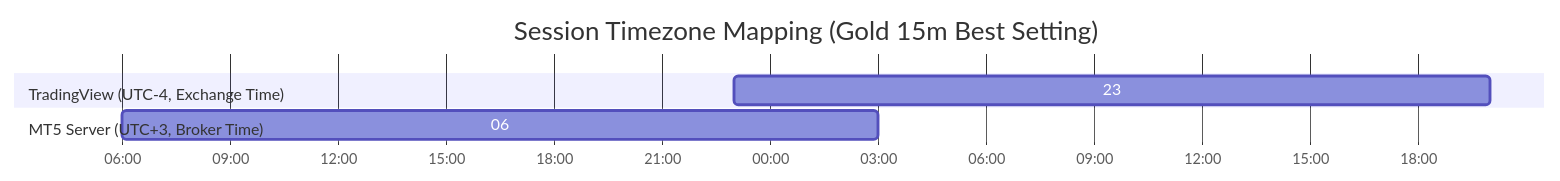
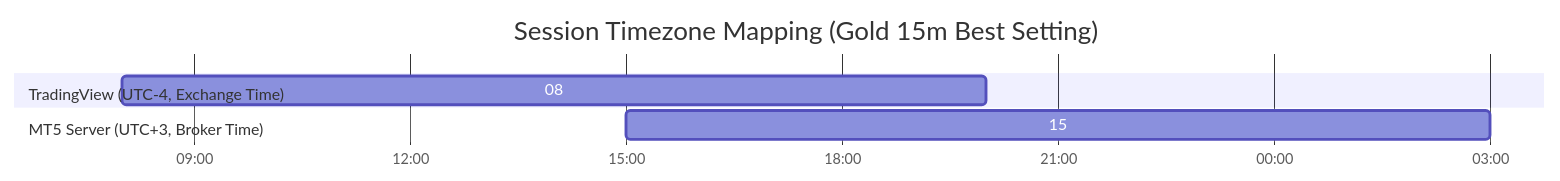
The second of 2 diagrams in README.md (jzd101/breakout-follow-101), drawn with Mermaid before and after one commit. The commit also changed other lines of this file and 2 other files, not shown here.

````diff
--- a/README.md
+++ b/README.md
@@ -197,10 +197,10 @@
 ```mermaid
 gantt
     title Session Timezone Mapping (Gold 15m Best Setting)
     dateFormat YYYY-MM-DD HH:mm
     axisFormat %H:00
     section TradingView (UTC-4, Exchange Time)
-    23:00 - 20:00 next day :active, 2026-01-01 23:00, 2026-01-02 20:00
+    08:00 - 20:00 same day :active, 2026-01-01 08:00, 2026-01-01 20:00
     section MT5 Server (UTC+3, Broker Time)
-    06:00 - 03:00 next day :crit, 2026-01-01 06:00, 2026-01-02 03:00
+    15:00 - 03:00 next day :crit, 2026-01-01 15:00, 2026-01-02 03:00
 ```
````
